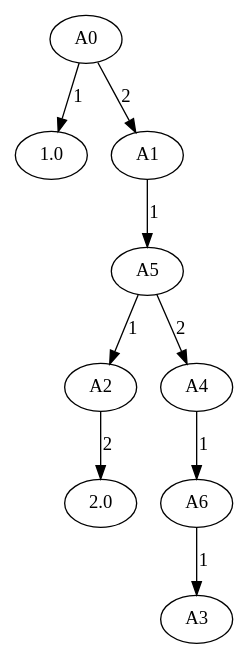
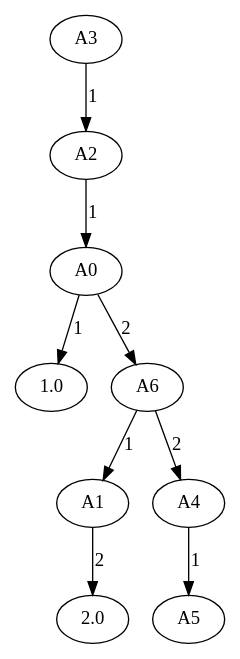
Before and after one commit to oyssolbo/TDT4171: the diagram in Assignments/A4/data/results/data/tree/Random importance id=3.gv, drawn with Graphviz. The commit also changed 30 other files, not shown here.

```diff
--- a/Assignments/A4/data/results/data/tree/Random importance id=3.gv
+++ b/Assignments/A4/data/results/data/tree/Random importance id=3.gv
@@ -1,20 +1,20 @@
 // Random importance
 digraph {
+	3 [label=A3]
+	2 [label=A2]
+	3 -> 2 [label=1]
 	0 [label=A0]
+	2 -> 0 [label=1]
 	1.0 [label=1.0]
 	0 -> 1.0 [label=1]
+	6 [label=A6]
+	0 -> 6 [label=2]
 	1 [label=A1]
-	0 -> 1 [label=2]
+	6 -> 1 [label=1]
+	2.0 [label=2.0]
+	1 -> 2.0 [label=2]
+	4 [label=A4]
+	6 -> 4 [label=2]
 	5 [label=A5]
-	1 -> 5 [label=1]
-	2 [label=A2]
-	5 -> 2 [label=1]
-	2.0 [label=2.0]
-	2 -> 2.0 [label=2]
-	4 [label=A4]
-	5 -> 4 [label=2]
-	6 [label=A6]
-	4 -> 6 [label=1]
-	3 [label=A3]
-	6 -> 3 [label=1]
+	4 -> 5 [label=1]
 }
```
